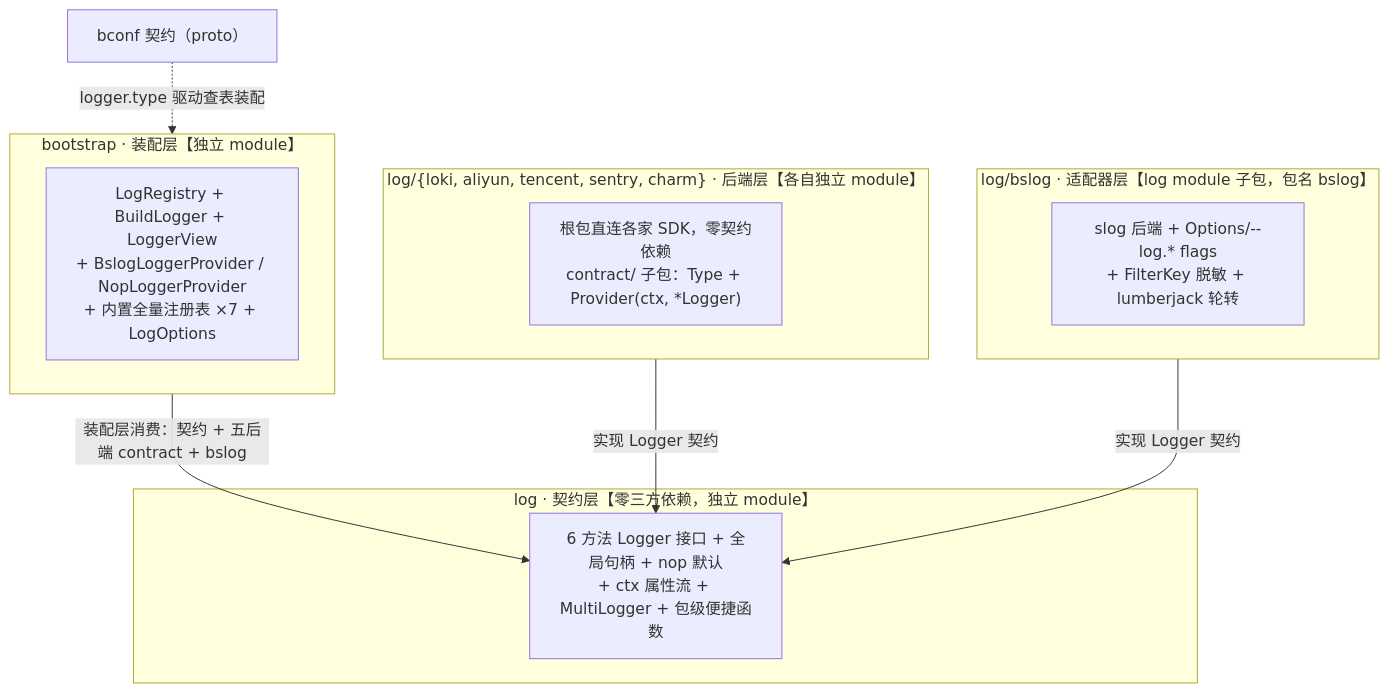
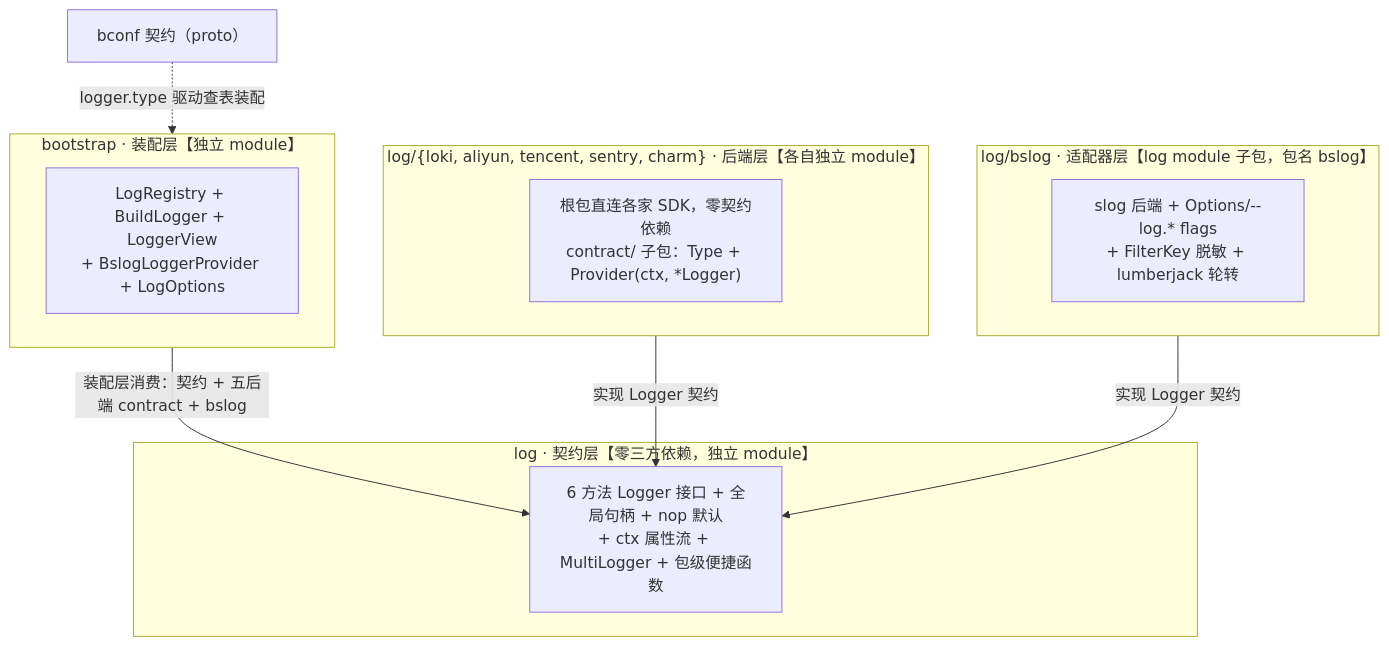
The diagram in docs/devel/zh-CN/Bald 日志设计.md (kalandramo/bald), drawn with Mermaid before and after one commit. The commit also changed other lines of this file and 18 other files, not shown here.

````diff
--- a/docs/devel/zh-CN/Bald 日志设计.md
+++ b/docs/devel/zh-CN/Bald 日志设计.md
@@ -26,25 +26,25 @@
 ```mermaid
 flowchart TB
     subgraph BOOT["bootstrap · 装配层【独立 module】"]
-        REG["LogRegistry + BuildLogger + LoggerView<br/>+ BslogLoggerProvider / NopLoggerProvider<br/>+ 内置全量注册表 ×7 + LogOptions"]
+        REG["LogRegistry + BuildLogger + LoggerView<br/>+ BslogLoggerProvider + LogOptions"]
     end
 
     subgraph BACKEND["log/{loki, aliyun, tencent, sentry, charm} · 后端层【各自独立 module】"]
         BK["根包直连各家 SDK，零契约依赖<br/>contract/ 子包：Type + Provider(ctx, *Logger)"]
     end
 
     subgraph ADAPT["log/bslog · 适配器层【log module 子包，包名 bslog】"]
         BS["slog 后端 + Options/--log.* flags<br/>+ FilterKey 脱敏 + lumberjack 轮转"]
     end
 
     subgraph CORE["log · 契约层【零三方依赖，独立 module】"]
         LC["6 方法 Logger 接口 + 全局句柄 + nop 默认<br/>+ ctx 属性流 + MultiLogger + 包级便捷函数"]
     end
 
     BCONF["bconf 契约（proto）"]
 
     BOOT -->|"装配层消费：契约 + 五后端 contract + bslog"| LC
     BACKEND -->|"实现 Logger 契约"| LC
     ADAPT -->|"实现 Logger 契约"| LC
     BCONF -.->|"logger.type 驱动查表装配"| BOOT
 ```
````
